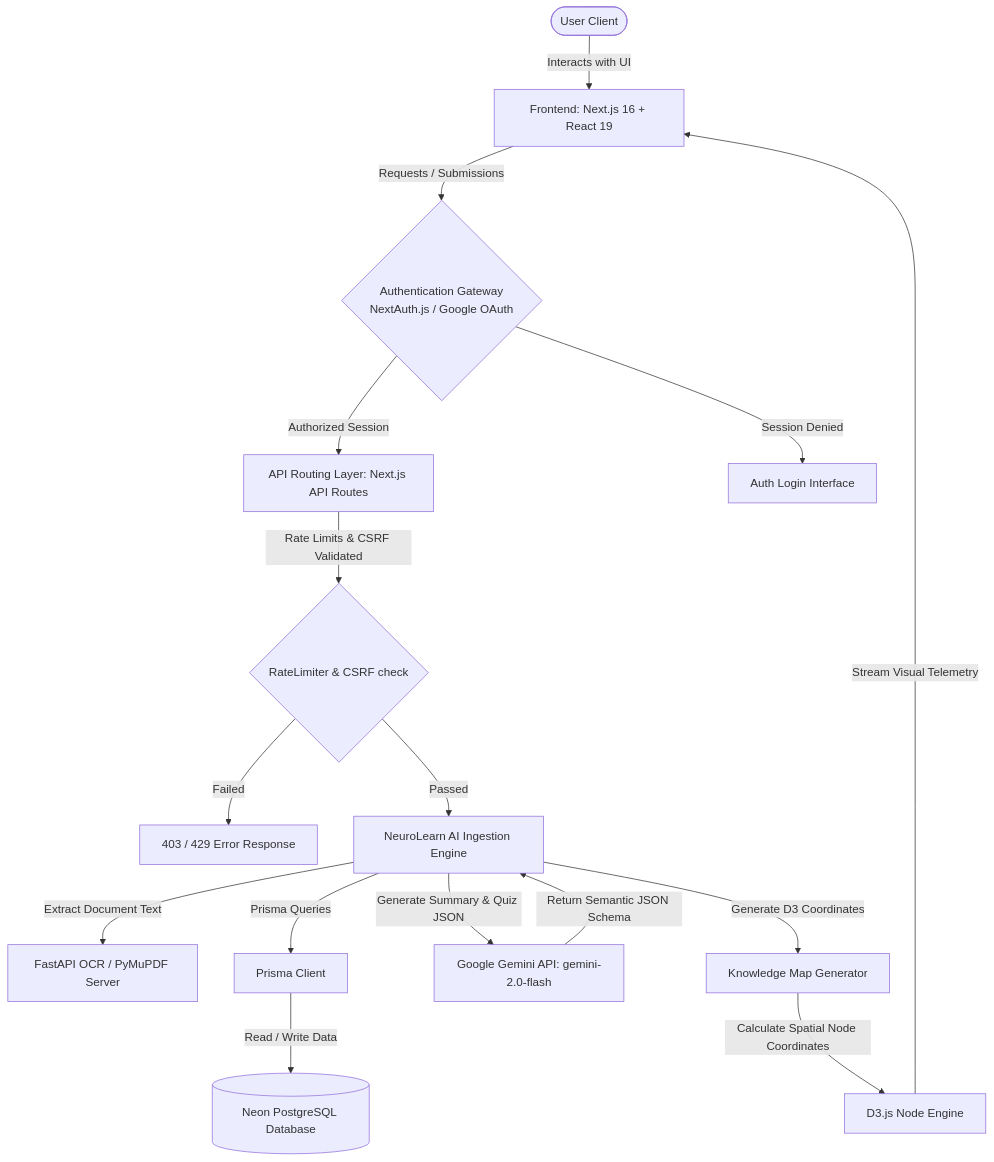
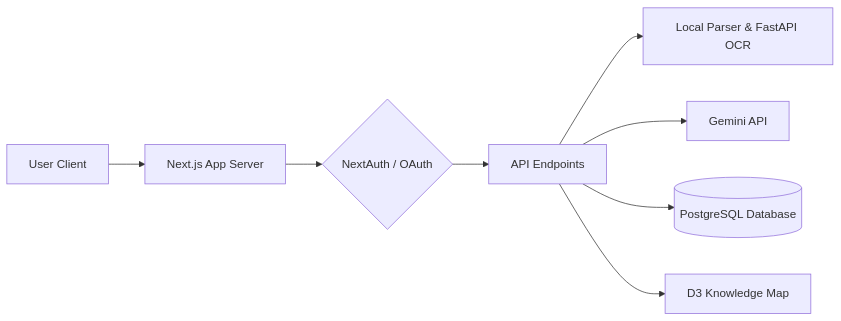
The first of 2 diagrams in README.md (yash-008-dev/yash-008-dev), drawn with Mermaid before and after one commit. The commit also changed other lines of this file, not shown here.

````diff
--- a/README.md
+++ b/README.md
@@ -38,18 +51,10 @@
 ```mermaid
-flowchart TD
-    User([User Client]) -->|Interacts with UI| FE[Frontend: Next.js 16 + React 19]
-    FE -->|Requests / Submissions| Auth{Authentication Gateway\nNextAuth.js / Google OAuth}
-    Auth -->|Authorized Session| API[API Routing Layer: Next.js API Routes]
-    Auth -->|Session Denied| Login[Auth Login Interface]
-    API -->|Rate Limits & CSRF Validated| CSRF{RateLimiter & CSRF check}
-    CSRF -->|Failed| Blocked[403 / 429 Error Response]
-    CSRF -->|Passed| AI_Engine[NeuroLearn AI Ingestion Engine]
-    AI_Engine -->|Extract Document Text| PY_Service[FastAPI OCR / PyMuPDF Server]
-    AI_Engine -->|Prisma Queries| Prisma[Prisma Client]
-    Prisma -->|Read / Write Data| DB[(Neon PostgreSQL Database)]
-    AI_Engine -->|Generate Summary & Quiz JSON| Gemini[Google Gemini API: gemini-2.0-flash]
-    Gemini -->|Return Semantic JSON Schema| AI_Engine
-    AI_Engine -->|Generate D3 Coordinates| Map_Gen[Knowledge Map Generator]
-    Map_Gen -->|Calculate Spatial Node Coordinates| D3[D3.js Node Engine]
-    D3 -->|Stream Visual Telemetry| FE
+flowchart LR
+    Client[User Client] --> App[Next.js App Server]
+    App --> Auth{NextAuth / OAuth}
+    Auth --> API[API Endpoints]
+    API --> Parsers[Local Parser & FastAPI OCR]
+    API --> Gemini[Gemini API]
+    API --> DB[(PostgreSQL Database)]
+    API --> Visual[D3 Knowledge Map]
 ```
````
